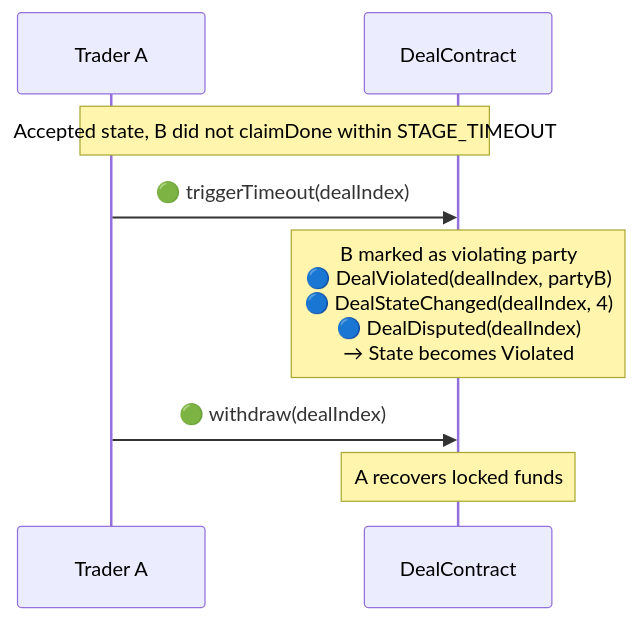
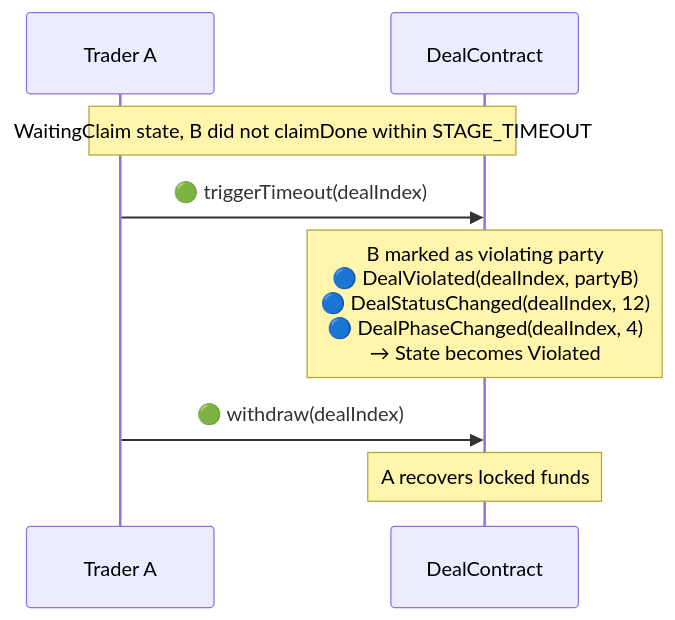
Before and after one commit to synctxai/synctx: the fourth of 9 diagrams in examples/x-quote/x-quote-design.md, drawn with Mermaid. The commit also changed other lines of this file and 74 other files, not shown here.

````diff
--- a/examples/x-quote/x-quote-design.md
+++ b/examples/x-quote/x-quote-design.md
@@ -338,11 +359,11 @@
 ```mermaid
 sequenceDiagram
     participant A as Trader A
     participant D as DealContract
 
-    Note over A,D: Accepted state, B did not claimDone within STAGE_TIMEOUT
+    Note over A,D: WaitingClaim state, B did not claimDone within STAGE_TIMEOUT
     A->>D: 🟢 triggerTimeout(dealIndex)
-    Note over D: B marked as violating party<br/>🔵 DealViolated(dealIndex, partyB)<br/>🔵 DealStateChanged(dealIndex, 4)<br/>🔵 DealDisputed(dealIndex)<br/>→ State becomes Violated
+    Note over D: B marked as violating party<br/>🔵 DealViolated(dealIndex, partyB)<br/>🔵 DealStatusChanged(dealIndex, 12)<br/>🔵 DealPhaseChanged(dealIndex, 4)<br/>→ State becomes Violated
     A->>D: 🟢 withdraw(dealIndex)
     Note over D: A recovers locked funds
 ```
````
